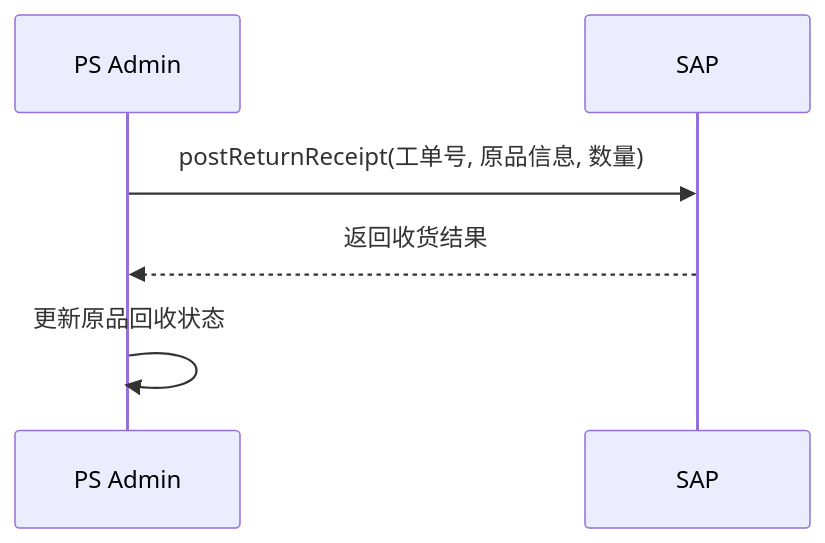
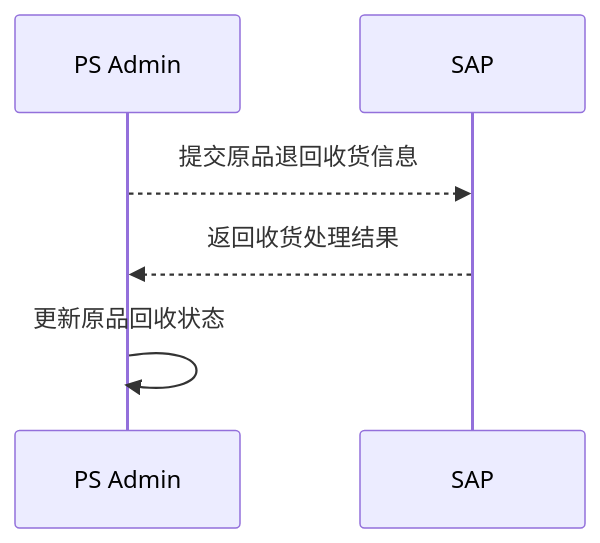
Diagram 25 of 43 in 文档/GM系统需求说明.md (guguohai/gmps), drawn with Mermaid before and after one commit. The commit also changed other lines of this file and 31 other files, not shown here.

````diff
--- a/文档/GM系统需求说明.md
+++ b/文档/GM系统需求说明.md
@@ -995,9 +981,9 @@
 ```mermaid
 sequenceDiagram
     participant PS as PS Admin
     participant SAP as SAP
 
-    PS->>SAP: postReturnReceipt(工单号, 原品信息, 数量)
-    SAP-->>PS: 返回收货结果
+    PS-->>SAP: 提交原品退回收货信息
+    SAP-->>PS: 返回收货处理结果
     PS->>PS: 更新原品回收状态
 ```
````
